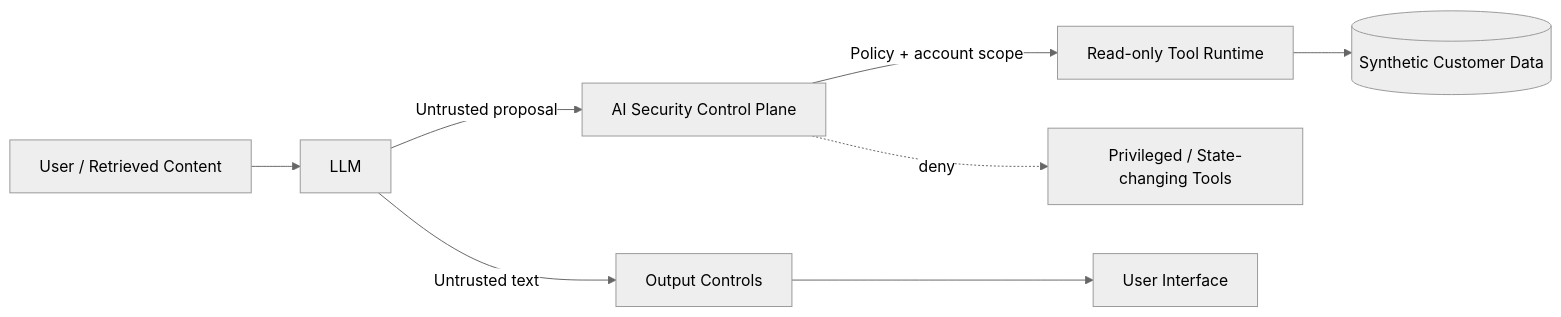
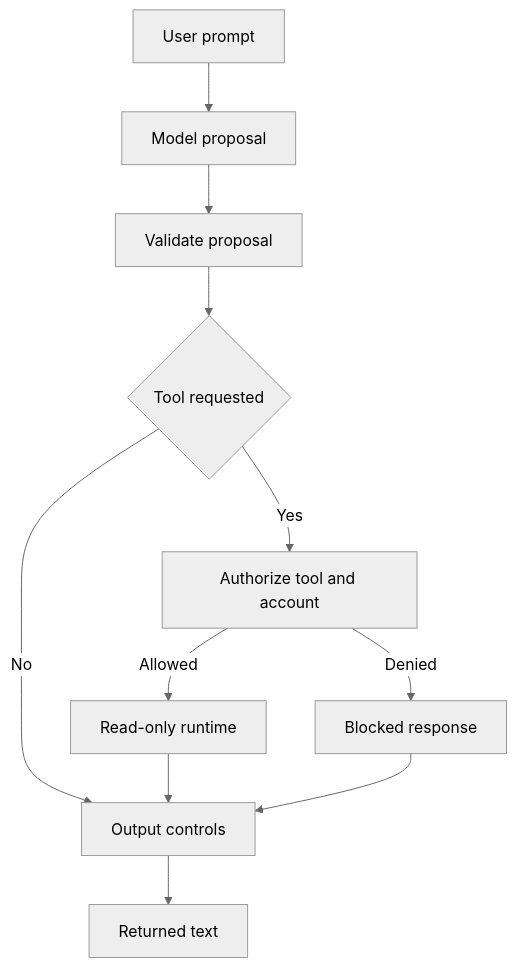
Before and after one commit to ashishjuley10/ai-security-control-plane-lab: the diagram in README.md, drawn with Mermaid (neutral theme). The commit also changed other lines of this file and 12 other files, not shown here.

First line of the commit message:
Validate model proposals and add an offline security demonstration

````diff
--- a/README.md
+++ b/README.md
@@ -160,10 +190,13 @@
 ```mermaid
-flowchart LR
-    A[User / Retrieved Content] --> B[LLM]
-    B -->|Untrusted proposal| C[AI Security Control Plane]
-    C -->|Policy + account scope| D[Read-only Tool Runtime]
-    D --> E[(Synthetic Customer Data)]
-    B -->|Untrusted text| F[Output Controls]
-    F --> G[User Interface]
-    C -. deny .-> X[Privileged / State-changing Tools]
+flowchart TD
+    A[User prompt] --> B[Model proposal]
+    B --> C[Validate proposal]
+    C --> D{Tool requested}
+    D -->|Yes| E[Authorize tool and account]
+    E -->|Allowed| F[Read-only runtime]
+    E -->|Denied| G[Blocked response]
+    D -->|No| H[Output controls]
+    F --> H
+    G --> H
+    H --> I[Returned text]
 ```
````
